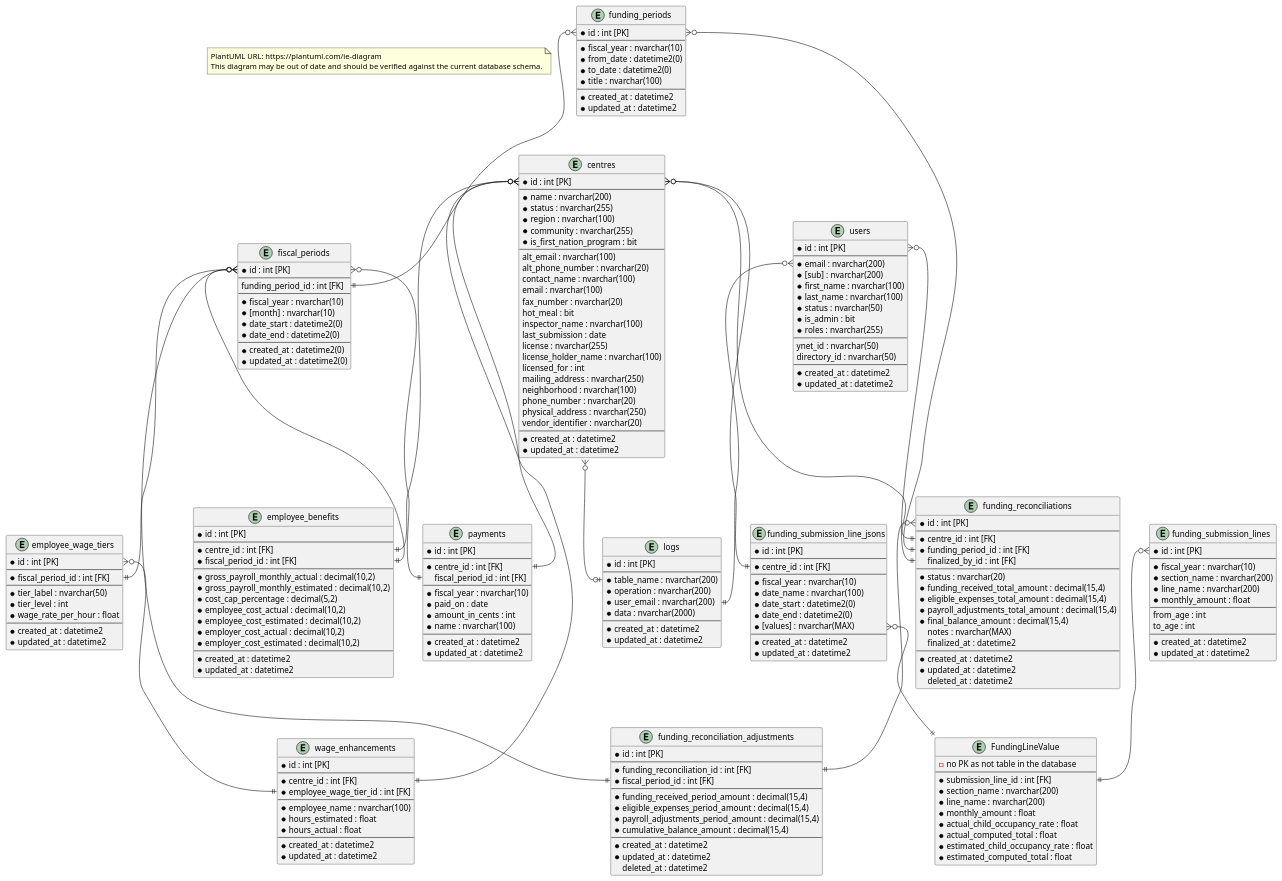
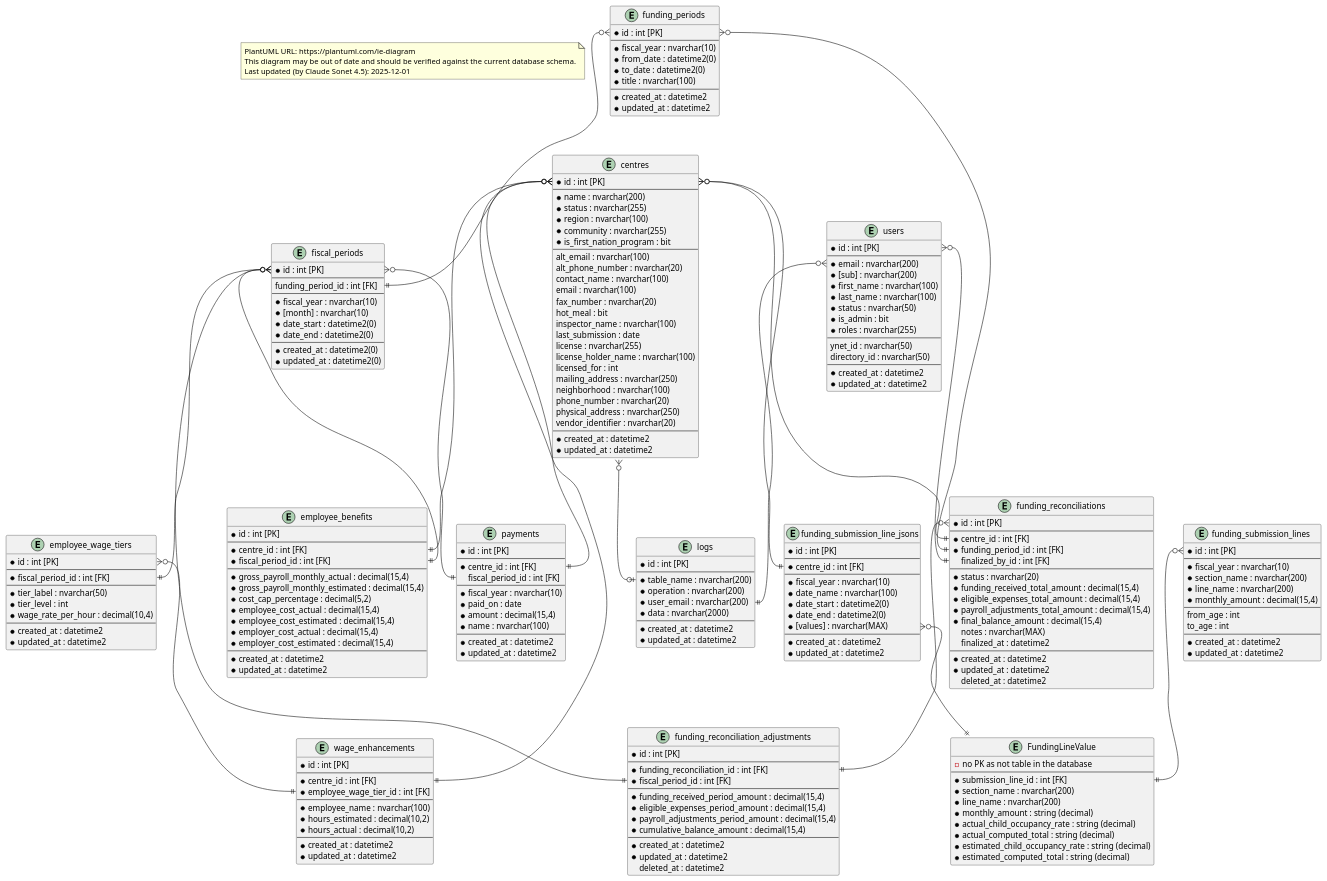
Before and after one commit to ytgov/elcc-data-management: the diagram in _Design/Entity Relationship Diagrams.wsd, drawn with PlantUML. The commit also changed 1 other file, not shown here.

Commit message:
:tophat: Update entity relationship diagram after standardizing financial fields.

```diff
--- a/_Design/Entity Relationship Diagrams.wsd
+++ b/_Design/Entity Relationship Diagrams.wsd
@@ -4,6 +4,7 @@
 note as Disclaimer
 PlantUML URL: https://plantuml.com/ie-diagram
 This diagram may be out of date and should be verified against the current database schema.
+Last updated (by Claude Sonet 4.5): 2025-12-01
 end note
 
 entity "centres" {
@@ -42,13 +43,13 @@
   * centre_id : int [FK]
   * fiscal_period_id : int [FK]
   --
-  * gross_payroll_monthly_actual : decimal(10,2)
-  * gross_payroll_monthly_estimated : decimal(10,2)
+  * gross_payroll_monthly_actual : decimal(15,4)
+  * gross_payroll_monthly_estimated : decimal(15,4)
   * cost_cap_percentage : decimal(5,2)
-  * employee_cost_actual : decimal(10,2)
-  * employee_cost_estimated : decimal(10,2)
-  * employer_cost_actual : decimal(10,2)
-  * employer_cost_estimated : decimal(10,2)
+  * employee_cost_actual : decimal(15,4)
+  * employee_cost_estimated : decimal(15,4)
+  * employer_cost_actual : decimal(15,4)
+  * employer_cost_estimated : decimal(15,4)
   --
   * created_at : datetime2
   * updated_at : datetime2
@@ -61,7 +62,7 @@
   --
   * tier_label : nvarchar(50)
   * tier_level : int
-  * wage_rate_per_hour : float
+  * wage_rate_per_hour : decimal(10,4)
   --
   * created_at : datetime2
   * updated_at : datetime2
@@ -115,11 +116,11 @@
   * submission_line_id : int [FK]
   * section_name : nvarchar(200)
   * line_name : nvarchar(200)
-  * monthly_amount : float
-  * actual_child_occupancy_rate : float
-  * actual_computed_total : float
-  * estimated_child_occupancy_rate : float
-  * estimated_computed_total : float
+  * monthly_amount : string (decimal)
+  * actual_child_occupancy_rate : string (decimal)
+  * actual_computed_total : string (decimal)
+  * estimated_child_occupancy_rate : string (decimal)
+  * estimated_computed_total : string (decimal)
 }
 
 entity "funding_submission_lines" {
@@ -128,7 +129,7 @@
   * fiscal_year : nvarchar(10)
   * section_name : nvarchar(200)
   * line_name : nvarchar(200)
-  * monthly_amount : float
+  * monthly_amount : decimal(15,4)
   --
   from_age : int
   to_age : int
@@ -158,7 +159,7 @@
   --
   * fiscal_year : nvarchar(10)
   * paid_on : date
-  * amount_in_cents : int
+  * amount : decimal(15,4)
   * name : nvarchar(100)
   --
   * created_at : datetime2
@@ -190,8 +191,8 @@
   * employee_wage_tier_id : int [FK]
   --
   * employee_name : nvarchar(100)
-  * hours_estimated : float
-  * hours_actual : float
+  * hours_estimated : decimal(10,2)
+  * hours_actual : decimal(10,2)
   --
   * created_at : datetime2
   * updated_at : datetime2
```
